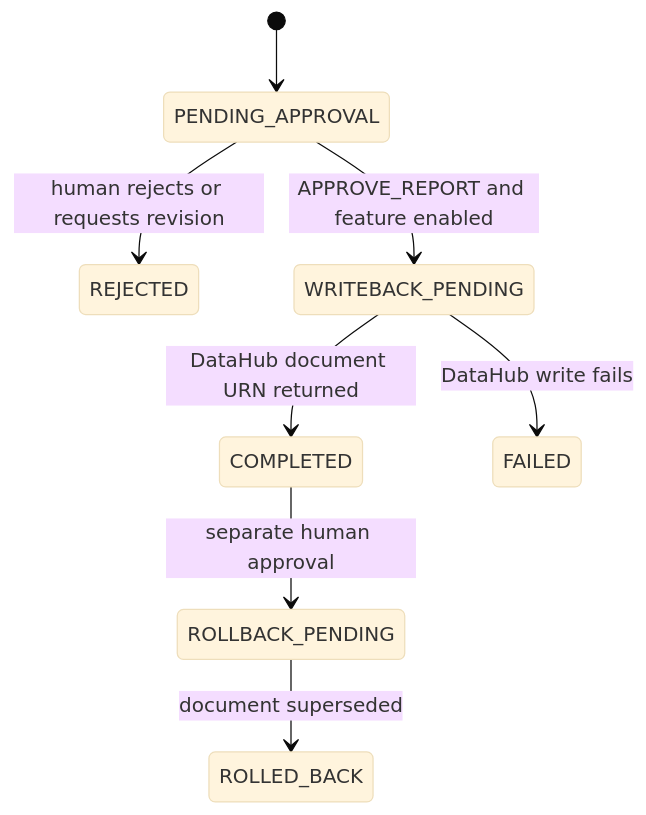
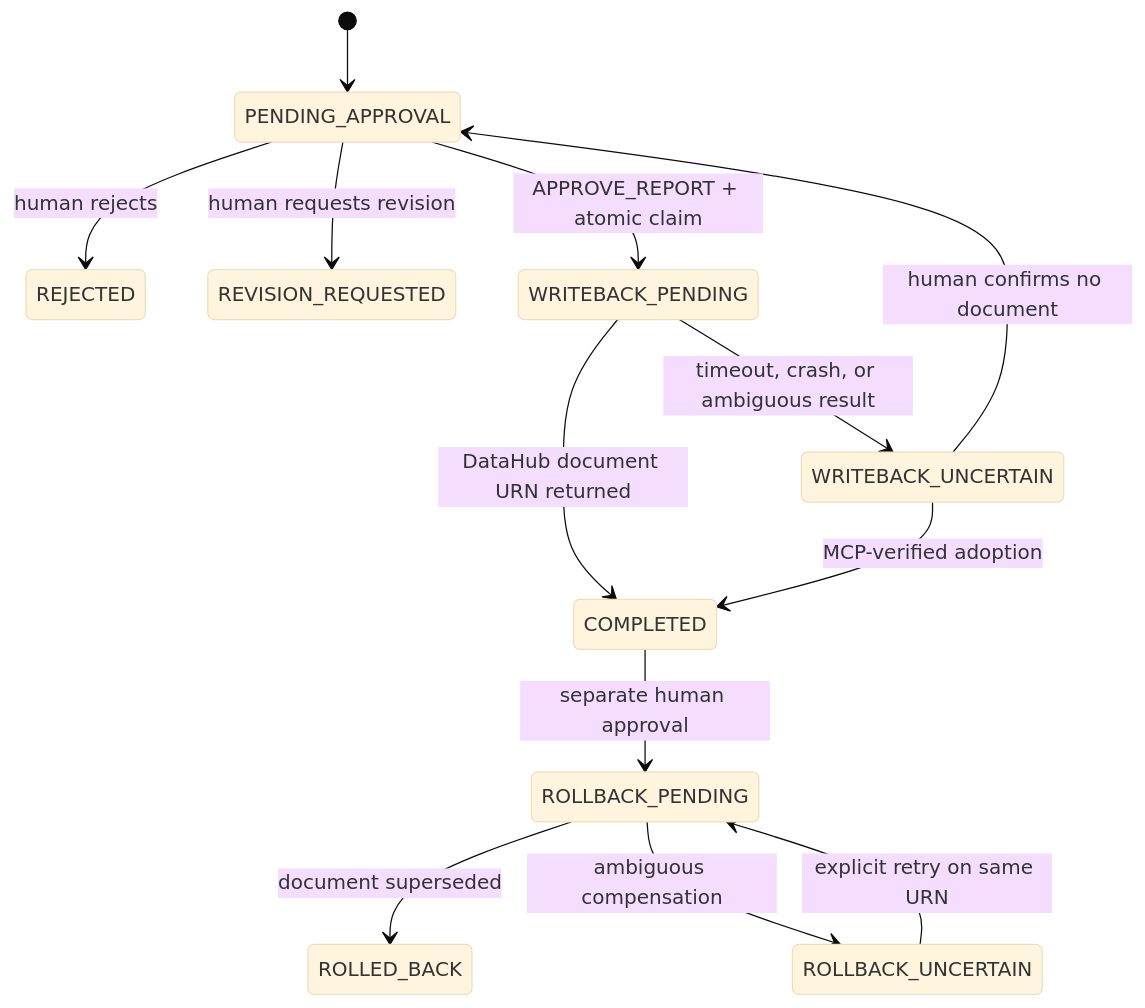
One commit to omarfh111/LineageGuard-AI changed the third of 3 diagrams in README.md. Above: the diagram before and after it, drawn with Mermaid (base theme). The commit also changed other lines of this file and 14 other files, not shown here.

````diff
--- a/README.md
+++ b/README.md
@@ -78,10 +81,15 @@
 ```mermaid
 stateDiagram-v2
     [*] --> PENDING_APPROVAL
-    PENDING_APPROVAL --> REJECTED: human rejects or requests revision
-    PENDING_APPROVAL --> WRITEBACK_PENDING: APPROVE_REPORT and feature enabled
+    PENDING_APPROVAL --> REJECTED: human rejects
+    PENDING_APPROVAL --> REVISION_REQUESTED: human requests revision
+    PENDING_APPROVAL --> WRITEBACK_PENDING: APPROVE_REPORT + atomic claim
     WRITEBACK_PENDING --> COMPLETED: DataHub document URN returned
-    WRITEBACK_PENDING --> FAILED: DataHub write fails
+    WRITEBACK_PENDING --> WRITEBACK_UNCERTAIN: timeout, crash, or ambiguous result
+    WRITEBACK_UNCERTAIN --> COMPLETED: MCP-verified adoption
+    WRITEBACK_UNCERTAIN --> PENDING_APPROVAL: human confirms no document
     COMPLETED --> ROLLBACK_PENDING: separate human approval
     ROLLBACK_PENDING --> ROLLED_BACK: document superseded
+    ROLLBACK_PENDING --> ROLLBACK_UNCERTAIN: ambiguous compensation
+    ROLLBACK_UNCERTAIN --> ROLLBACK_PENDING: explicit retry on same URN
 ```
````
